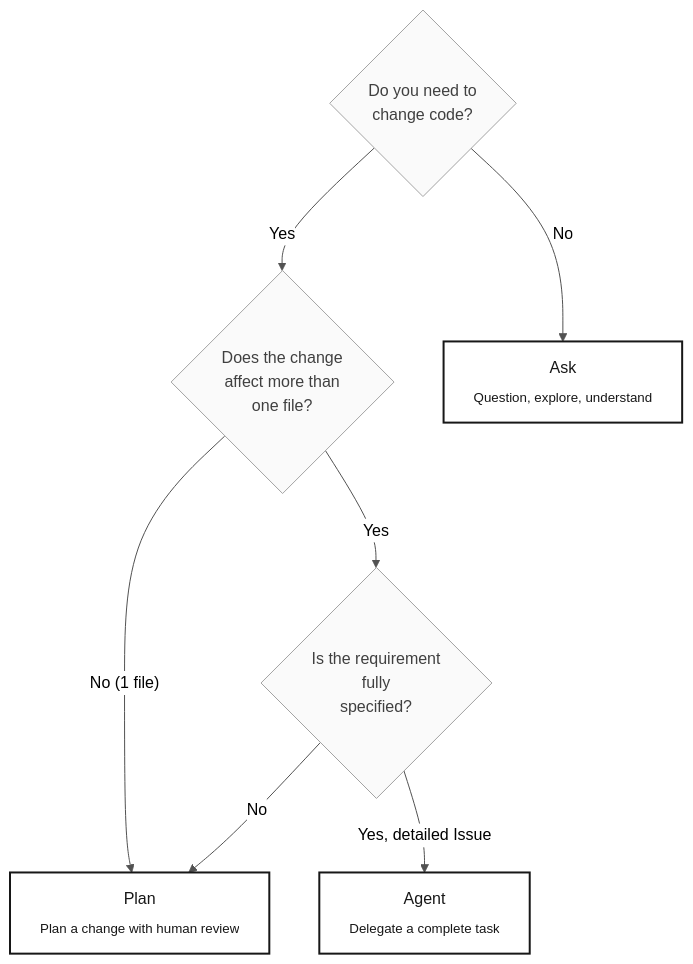
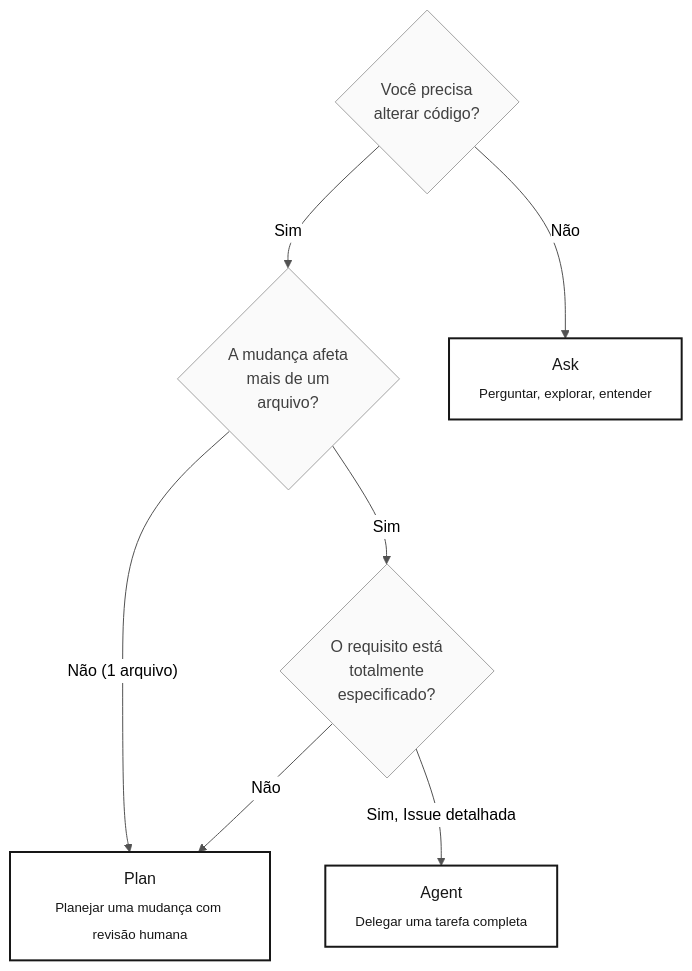
The diagram in 07-concepts/04-3-copilot-modes.md (paulasilvatech/datacorp-sifap-team-kit-pt-br), drawn with Mermaid before and after one commit. The commit also changed other lines of this file and 361 other files, not shown here.

````diff
--- a/07-concepts/04-3-copilot-modes.md
+++ b/07-concepts/04-3-copilot-modes.md
@@ -41,22 +41,22 @@
 ```mermaid
 %%{init: {'theme':'neutral','themeVariables':{'fontFamily':'ui-sans-serif, system-ui, sans-serif','primaryColor':'#F5F5F5','primaryTextColor':'#171717','primaryBorderColor':'#171717','lineColor':'#525252','secondaryColor':'#FFFFFF','tertiaryColor':'#FAFAFA','background':'#FFFFFF'}}}%%
 flowchart TD
     classDef step fill:#F5F5F5,stroke:#171717,color:#171717
     classDef result fill:#FFFFFF,stroke:#171717,color:#171717,stroke-width:2px
     classDef question fill:#FAFAFA,stroke:#A3A3A3,color:#404040
 
-    Q1{"Do you need to<br/>change code?"}:::question
-    Q2{"Does the change<br/>affect more than<br/>one file?"}:::question
-    Q3{"Is the requirement<br/>fully<br/>specified?"}:::question
+    Q1{"Você precisa<br/>alterar código?"}:::question
+    Q2{"A mudança afeta<br/>mais de um<br/>arquivo?"}:::question
+    Q3{"O requisito está<br/>totalmente<br/>especificado?"}:::question
 
-    ASK["Ask<br/><sub>Question, explore, understand</sub>"]:::result
-    PLAN["Plan<br/><sub>Plan a change with human review</sub>"]:::result
-    AGENT["Agent<br/><sub>Delegate a complete task</sub>"]:::result
+    ASK["Ask<br/><sub>Perguntar, explorar, entender</sub>"]:::result
+    PLAN["Plan<br/><sub>Planejar uma mudança com revisão humana</sub>"]:::result
+    AGENT["Agent<br/><sub>Delegar uma tarefa completa</sub>"]:::result
 
-    Q1 -- "No" --> ASK
-    Q1 -- "Yes" --> Q2
-    Q2 -- "No (1 file)" --> PLAN
-    Q2 -- "Yes" --> Q3
-    Q3 -- "No" --> PLAN
-    Q3 -- "Yes, detailed Issue" --> AGENT
+    Q1 -- "Não" --> ASK
+    Q1 -- "Sim" --> Q2
+    Q2 -- "Não (1 arquivo)" --> PLAN
+    Q2 -- "Sim" --> Q3
+    Q3 -- "Não" --> PLAN
+    Q3 -- "Sim, Issue detalhada" --> AGENT
 ```
````
